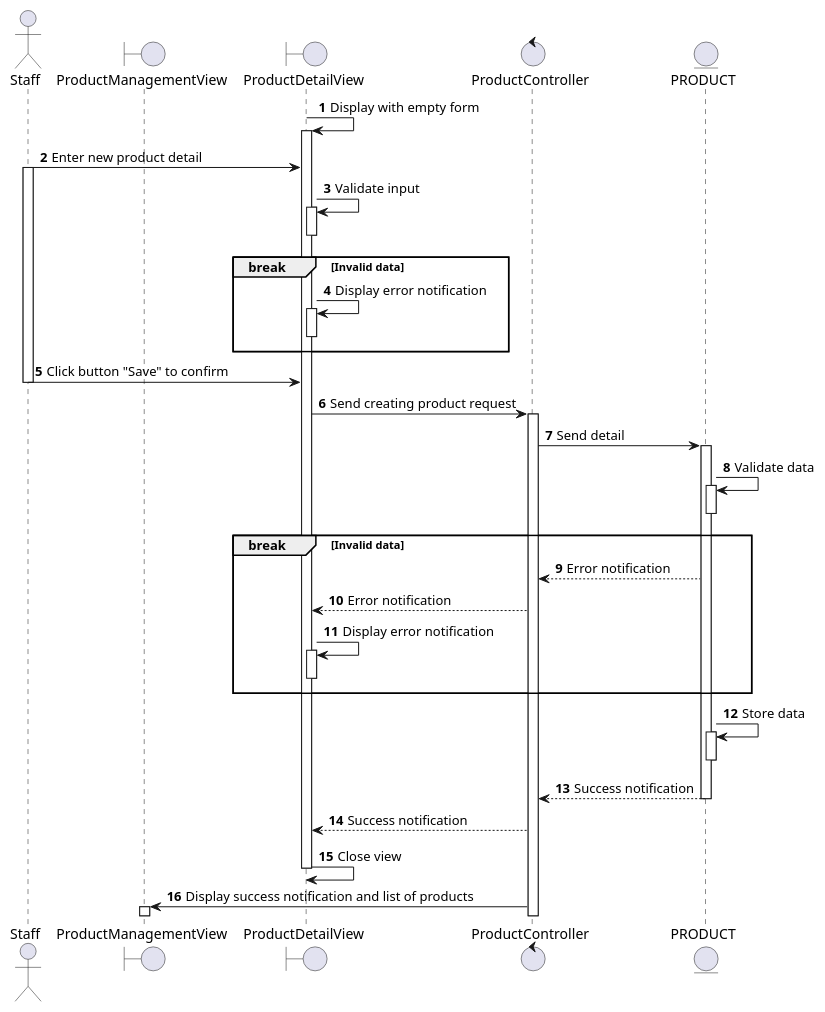
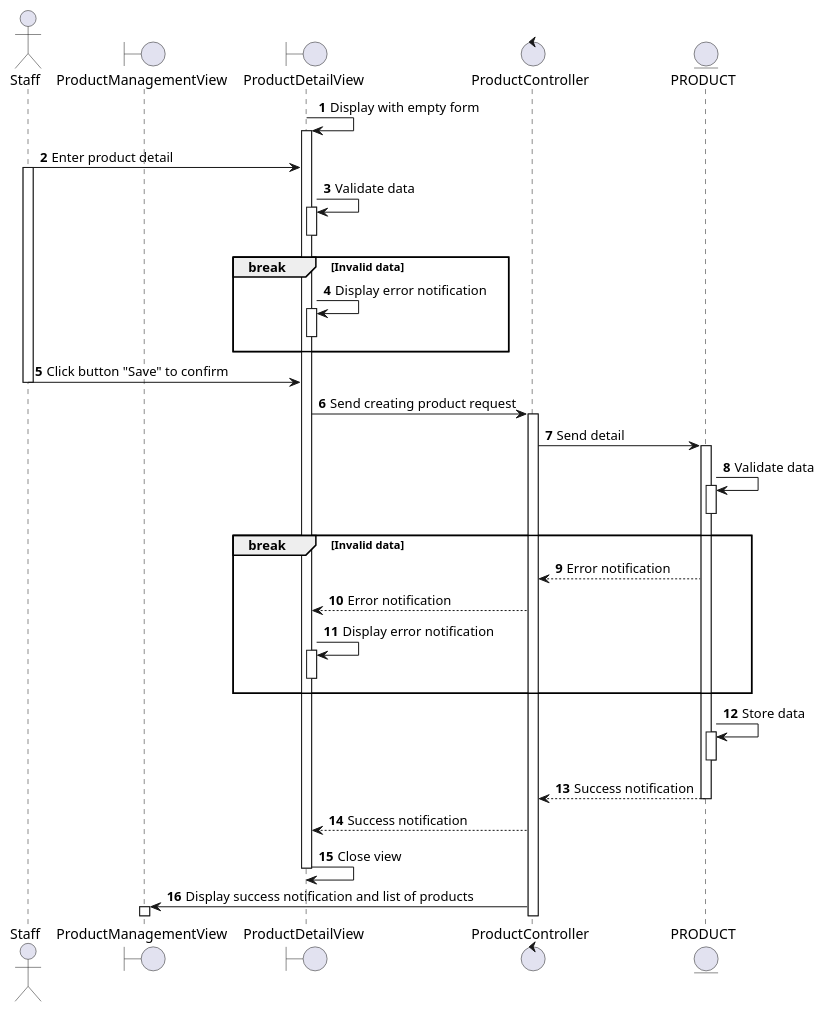
Before and after one commit to electricilies/electricilies.github.io: the diagram in docs/docs/sequence/manage-product/add-product.md, drawn with PlantUML. The commit also changed 12 other files, not shown here.

````diff
--- a/docs/docs/sequence/manage-product/add-product.md
+++ b/docs/docs/sequence/manage-product/add-product.md
@@ -3,51 +3,51 @@
 ```plantuml
 @startuml
 autonumber
 
 actor Staff as S
 boundary ProductManagementView as PMV
 boundary ProductDetailView as PDV
 control ProductController as PC
 entity PRODUCT as P
 
 PDV -> PDV: Display with empty form
 activate PDV
-S -> PDV: Enter new product detail
+S -> PDV: Enter product detail
 activate S
-PDV -> PDV: Validate input
+PDV -> PDV: Validate data
 activate PDV
 deactivate PDV
 break Invalid data
   PDV -> PDV: Display error notification
   activate PDV
   deactivate PDV
 end
 S -> PDV: Click button "Save" to confirm
 deactivate S
 PDV -> PC: Send creating product request
 activate PC
 PC -> P: Send detail
 activate P
 P -> P: Validate data
 activate P
 deactivate P
 break Invalid data
   PC <-- P: Error notification
   PDV <-- PC: Error notification
   PDV -> PDV: Display error notification
   activate PDV
   deactivate PDV
 end
 P -> P: Store data
 activate P
 deactivate P
 PC <-- P: Success notification
 deactivate P
 PDV <-- PC: Success notification
 PDV -> PDV: Close view
 deactivate PDV
 PMV <- PC: Display success notification and list of products
 activate PMV
 
 @enduml
 ```
````
